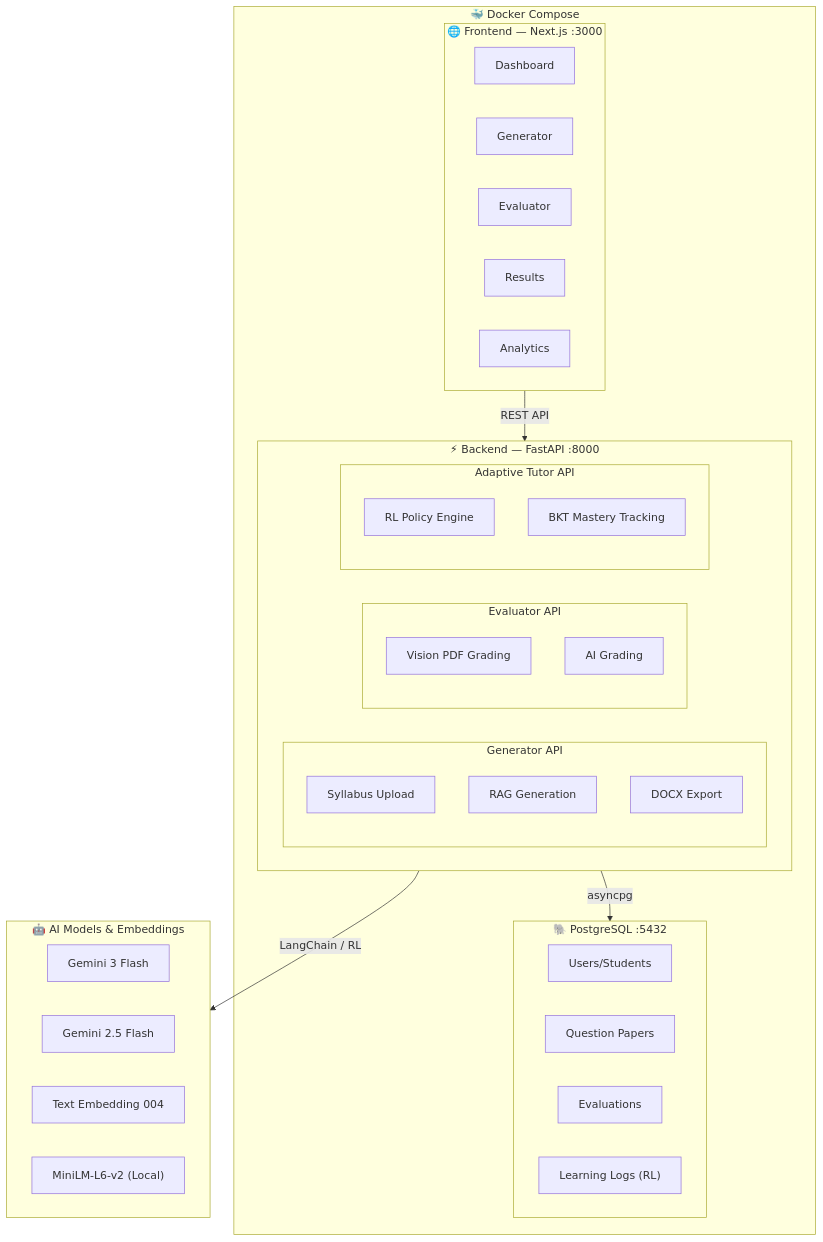
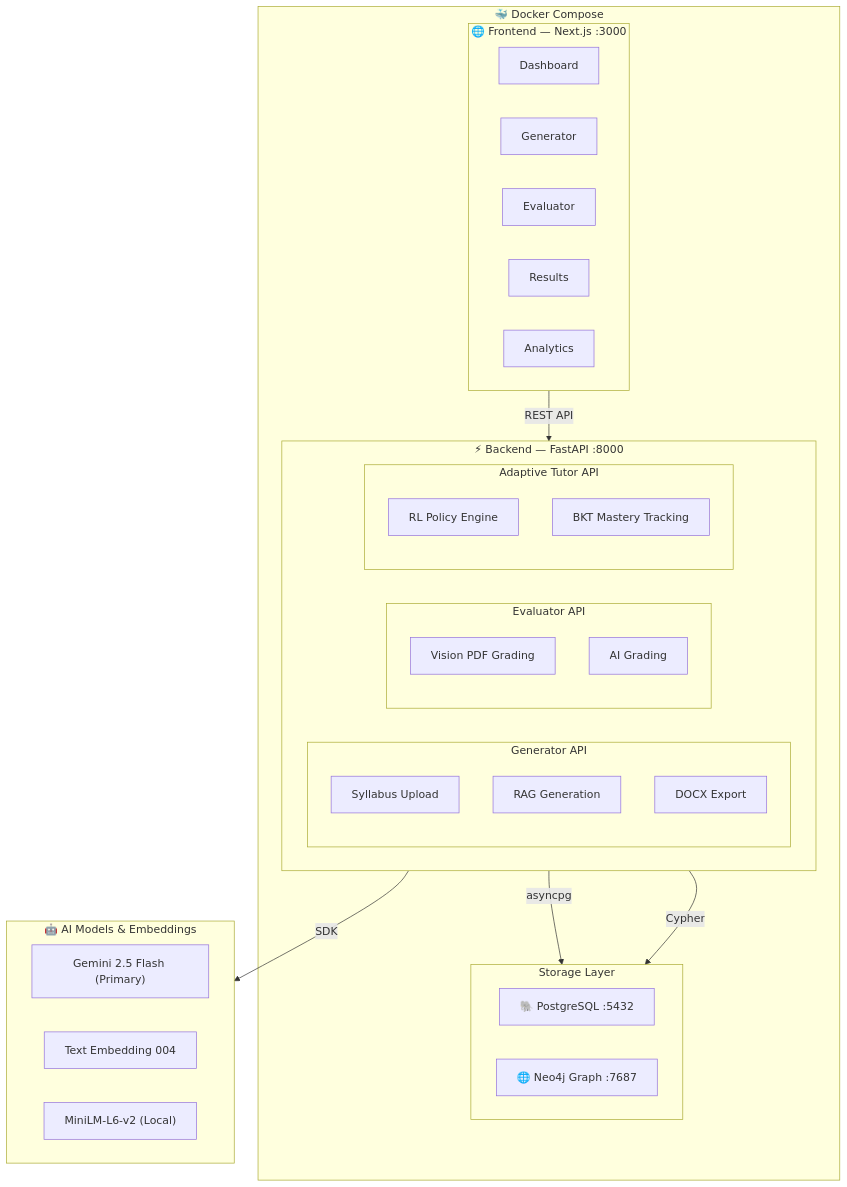
Before and after one commit to Edric2412/Q-A: the first of 2 diagrams in README.md, drawn with Mermaid. The commit also changed other lines of this file and 22 other files, not shown here.

````diff
--- a/README.md
+++ b/README.md
@@ -53,50 +55,48 @@
 ```mermaid
 flowchart TB
     subgraph Docker["🐳 Docker Compose"]
         subgraph Frontend["🌐 Frontend — Next.js :3000"]
             direction LR
             D["Dashboard"]
             G["Generator"]
             E["Evaluator"]
             R["Results"]
             A["Analytics"]
         end
 
         subgraph Backend["⚡ Backend — FastAPI :8000"]
             direction LR
             subgraph GenAPI["Generator API"]
                 G1["Syllabus Upload"]
                 G2["RAG Generation"]
                 G3["DOCX Export"]
             end
             subgraph EvalAPI["Evaluator API"]
                 E1["Vision PDF Grading"]
                 E2["AI Grading"]
             end
             subgraph LearnAPI["Adaptive Tutor API"]
                 L1["RL Policy Engine"]
                 L2["BKT Mastery Tracking"]
             end
         end
 
-        subgraph DB["🐘 PostgreSQL :5432"]
+        subgraph DB["Storage Layer"]
             direction LR
-            T1["Users/Students"]
-            T2["Question Papers"]
-            T3["Evaluations"]
-            T4["Learning Logs (RL)"]
+            P["🐘 PostgreSQL :5432"]
+            N["🌐 Neo4j Graph :7687"]
         end
     end
 
     subgraph AI["🤖 AI Models & Embeddings"]
         direction LR
-        Gemini["Gemini 3 Flash"]
-        Flash["Gemini 2.5 Flash"]
+        Flash["Gemini 2.5 Flash (Primary)"]
         Embed["Text Embedding 004"]
         MiniLM["MiniLM-L6-v2 (Local)"]
     end
 
     Frontend -->|REST API| Backend
-    Backend -->|asyncpg| DB
-    Backend -->|LangChain / RL| AI
+    Backend -->|asyncpg| P
+    Backend -->|Cypher| N
+    Backend -->|SDK| AI
 ```
````
